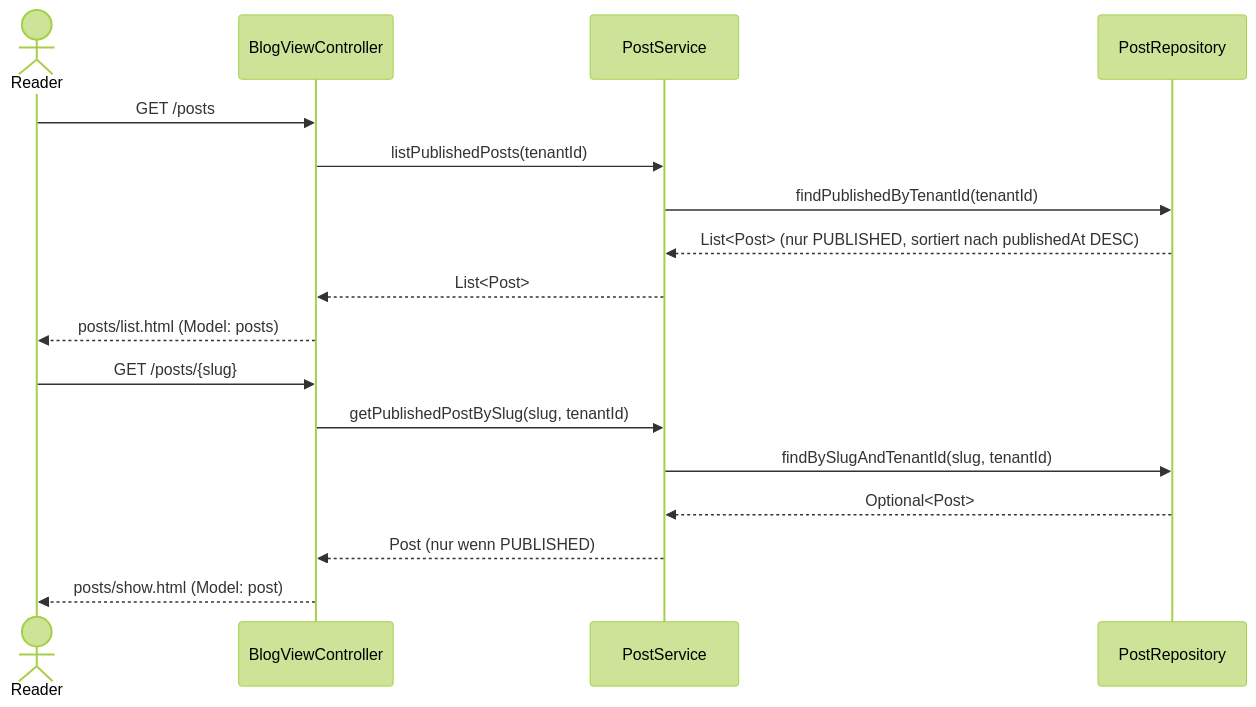
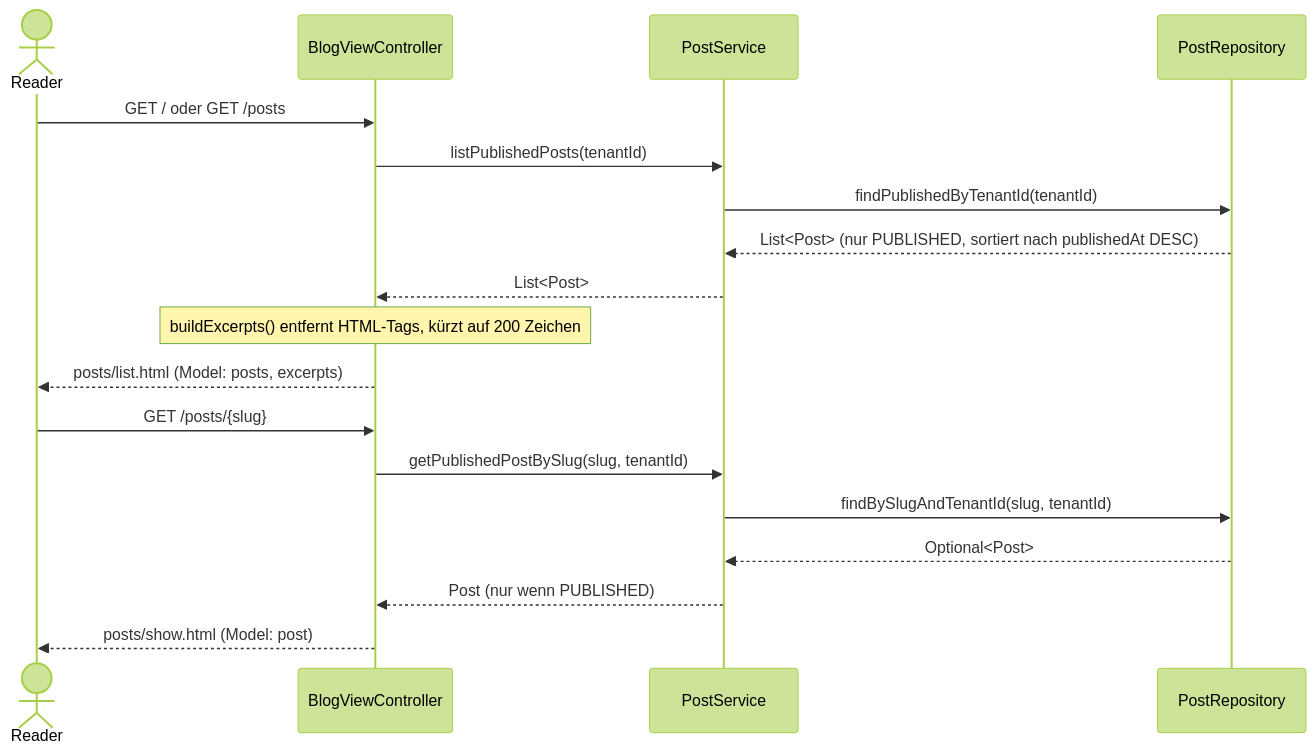
Before and after one commit to tomirgang/tomsblog: the fifth of 12 diagrams in docs/design/modules/ROOT/pages/blog-content/index.adoc, drawn with Mermaid (forest theme). The commit also changed other lines of this file and 5 other files, not shown here.

```diff
--- a/docs/design/modules/ROOT/pages/blog-content/index.adoc
+++ b/docs/design/modules/ROOT/pages/blog-content/index.adoc
@@ -401,22 +406,23 @@
 [mermaid]
 ----
 sequenceDiagram
     actor Reader
     participant Controller as BlogViewController
     participant Service as PostService
     participant Repo as PostRepository
 
-    Reader->>Controller: GET /posts
+    Reader->>Controller: GET / oder GET /posts
     Controller->>Service: listPublishedPosts(tenantId)
     Service->>Repo: findPublishedByTenantId(tenantId)
     Repo-->>Service: List<Post> (nur PUBLISHED, sortiert nach publishedAt DESC)
     Service-->>Controller: List<Post>
-    Controller-->>Reader: posts/list.html (Model: posts)
+    Note over Controller: buildExcerpts() entfernt HTML-Tags, kürzt auf 200 Zeichen
+    Controller-->>Reader: posts/list.html (Model: posts, excerpts)
 
     Reader->>Controller: GET /posts/{slug}
     Controller->>Service: getPublishedPostBySlug(slug, tenantId)
     Service->>Repo: findBySlugAndTenantId(slug, tenantId)
     Repo-->>Service: Optional<Post>
     Service-->>Controller: Post (nur wenn PUBLISHED)
     Controller-->>Reader: posts/show.html (Model: post)
 ----
```
